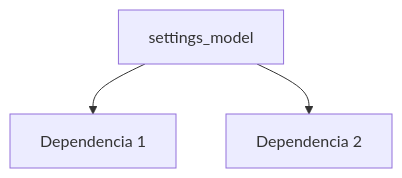
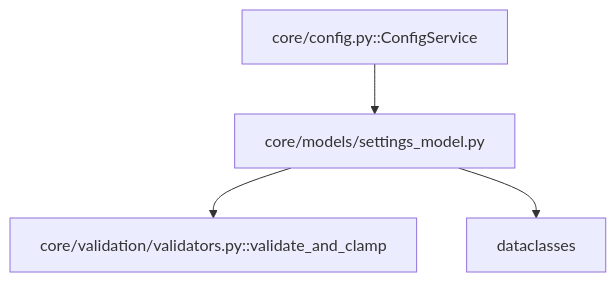
The diagram in docs/code_walkthrough_v2/settings_model.md (geociencio/sec_interp), drawn with Mermaid before and after one commit. The commit also changed other lines of this file and 99 other files, not shown here.

````diff
--- a/docs/code_walkthrough_v2/settings_model.md
+++ b/docs/code_walkthrough_v2/settings_model.md
@@ -40,6 +52,11 @@
 ```mermaid
 graph TD
-    A["settings_model"]
-    A --> B["Dependencia 1"]
-    A --> C["Dependencia 2"]
+    SM["core/models/settings_model.py"]
+    VAL["core/validation/validators.py::validate_and_clamp"]
+    CFG["core/config.py::ConfigService"]
+    DC["dataclasses"]
+
+    SM --> VAL
+    SM --> DC
+    CFG --> SM
 ```
````
